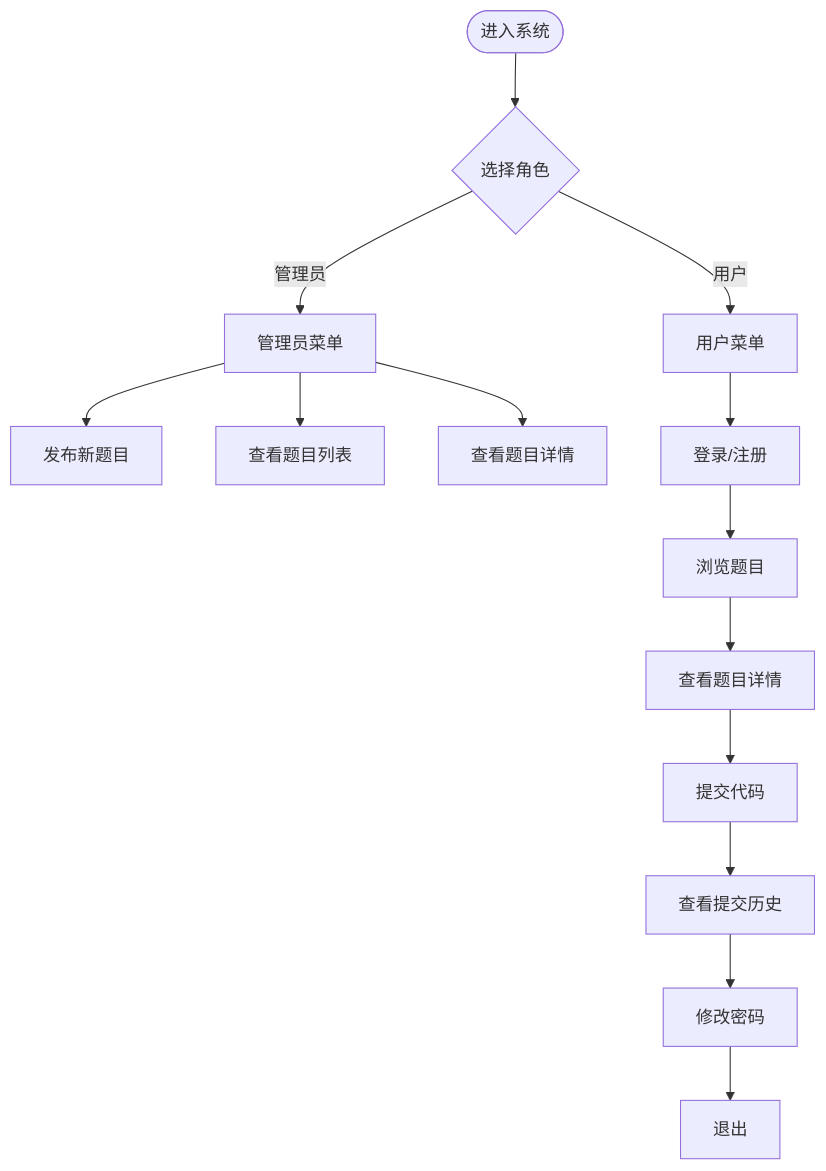
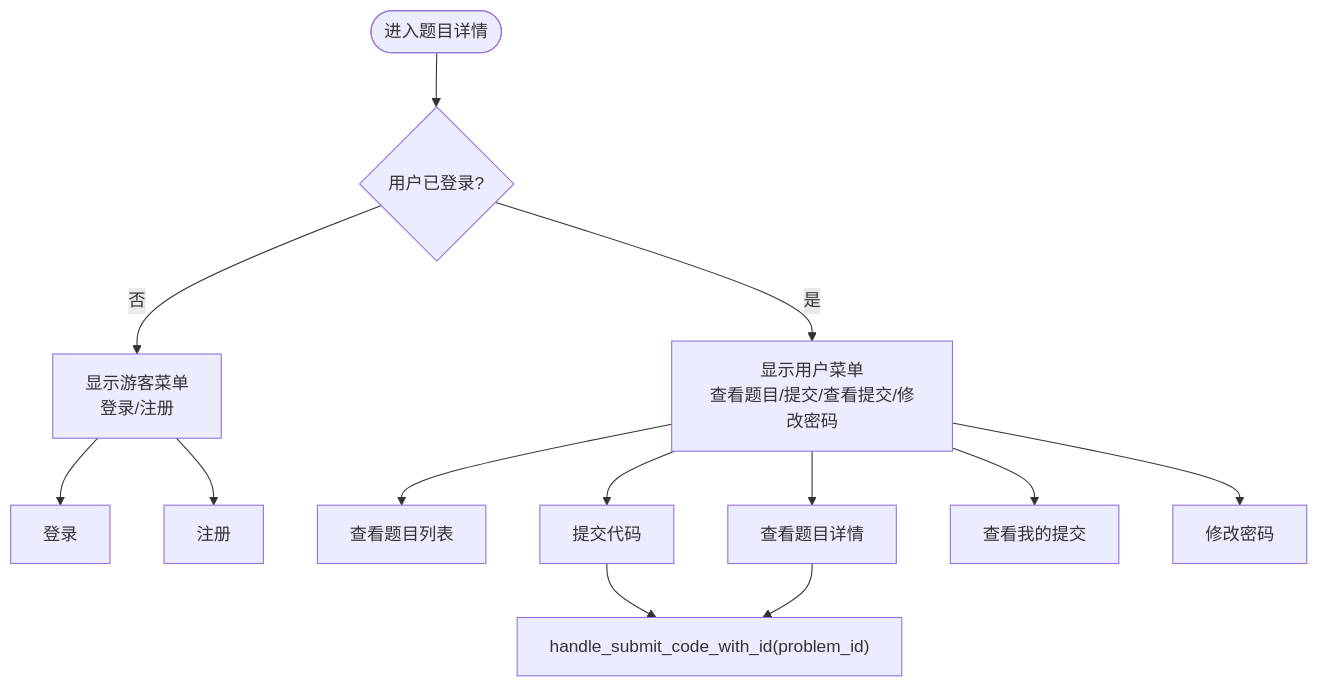
The fourth of 8 diagrams in .qoder/repowiki/zh/content/项目概述.md (jinpeng900/OJ-Test), drawn with Mermaid before and after one commit. The commit also changed other lines of this file and 147 other files, not shown here.

````diff
--- a/.qoder/repowiki/zh/content/项目概述.md
+++ b/.qoder/repowiki/zh/content/项目概述.md
@@ -231,16 +242,15 @@
 ```mermaid
 flowchart TD
-Start(["进入系统"]) --> Role{"选择角色"}
-Role --> |管理员| AdminMenu["管理员菜单"]
-Role --> |用户| UserMenu["用户菜单"]
-AdminMenu --> AddProblem["发布新题目"]
-AdminMenu --> ListProblems["查看题目列表"]
-AdminMenu --> DetailProblem["查看题目详情"]
-UserMenu --> Login["登录/注册"]
-Login --> Browse["浏览题目"]
-Browse --> Detail["查看题目详情"]
-Detail --> Submit["提交代码"]
-Submit --> History["查看提交历史"]
-History --> ChangePwd["修改密码"]
-ChangePwd --> Logout["退出"]
+Start(["进入题目详情"]) --> CheckRole{"用户已登录?"}
+CheckRole --> |否| GuestMenu["显示游客菜单<br/>登录/注册"]
+CheckRole --> |是| UserMenu["显示用户菜单<br/>查看题目/提交/查看提交/修改密码"]
+GuestMenu --> Login["登录"]
+GuestMenu --> Register["注册"]
+UserMenu --> ListProblems["查看题目列表"]
+UserMenu --> ViewProblem["查看题目详情"]
+UserMenu --> SubmitCode["提交代码"]
+UserMenu --> ViewSubmissions["查看我的提交"]
+UserMenu --> ChangePwd["修改密码"]
+SubmitCode --> SubWithID["handle_submit_code_with_id(problem_id)"]
+ViewProblem --> SubWithID
 ```
````
